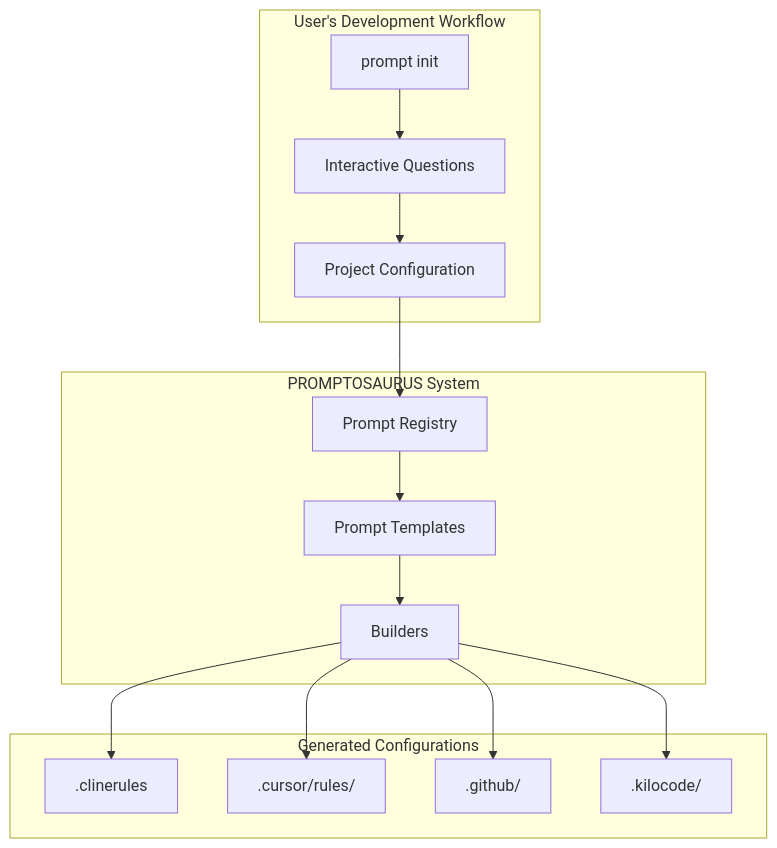
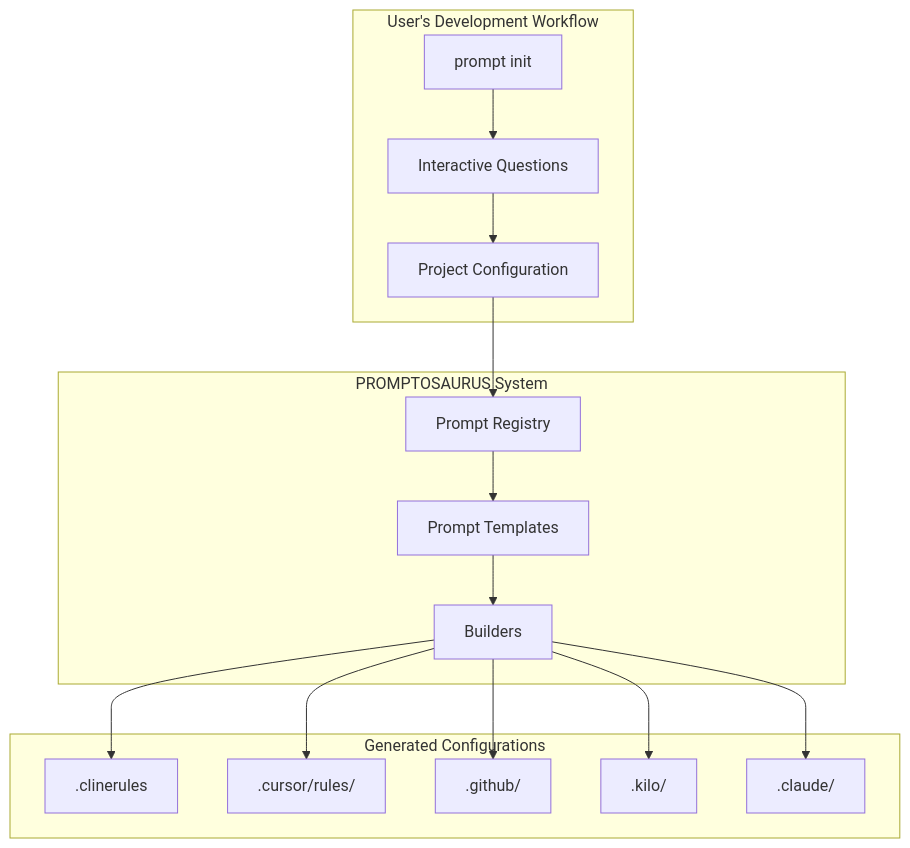
The first of 6 diagrams in promptosaurus/PROMPTOSAURUS.md (snoodleboot-io/prompticorn), drawn with Mermaid before and after one commit. The commit also changed other lines of this file and 234 other files, not shown here.

````diff
--- a/promptosaurus/PROMPTOSAURUS.md
+++ b/promptosaurus/PROMPTOSAURUS.md
@@ -15,31 +15,33 @@
 ```mermaid
 flowchart TB
     subgraph User["User's Development Workflow"]
         CLI["prompt init"]
         Questions["Interactive Questions"]
         Config["Project Configuration"]
     end
     
     subgraph Promptosaurus["PROMPTOSAURUS System"]
         Registry["Prompt Registry"]
         Prompts["Prompt Templates"]
         Builders["Builders"]
     end
     
     subgraph Outputs["Generated Configurations"]
         Cline[".clinerules"]
         Cursor[".cursor/rules/"]
         Copilot[".github/"]
-        Kilo[".kilocode/"]
+        Kilo[".kilo/"]
+        Claude[".claude/"]
     end
     
     CLI --> Questions
     Questions --> Config
     Config --> Registry
     Registry --> Prompts
     Prompts --> Builders
     Builders --> Cline
     Builders --> Cursor
     Builders --> Copilot
     Builders --> Kilo
+    Builders --> Claude
 ```
````
